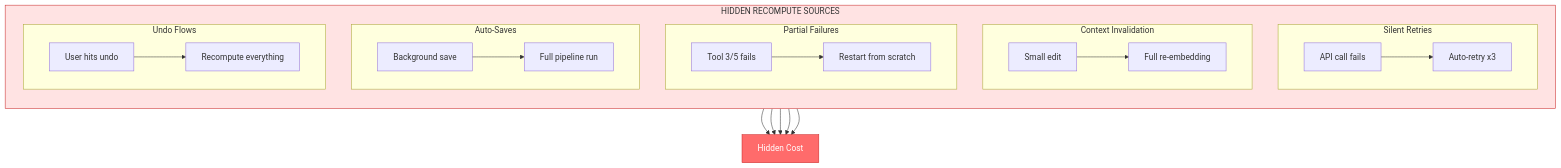
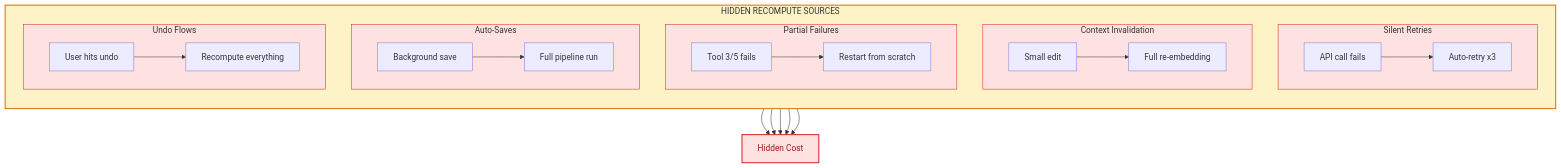
One commit to whoisrade/agentic-field-manual changed the diagram in 03-economics/hidden-recompute.md. Above: the diagram before and after it, drawn with Mermaid. The commit also changed 18 other files, not shown here.

Commit message:
refine mermaid diagrams with enterprise color palette

````diff
--- a/03-economics/hidden-recompute.md
+++ b/03-economics/hidden-recompute.md
@@ -23,31 +23,36 @@
 ```mermaid
 flowchart TB
     subgraph Hidden["HIDDEN RECOMPUTE SOURCES"]
         direction TB
         
         subgraph SR["Silent Retries"]
-            SR1[API call fails] --> SR2[Auto-retry x3]
+            SR1["API call fails"] --> SR2["Auto-retry x3"]
         end
         
         subgraph CI["Context Invalidation"]
-            CI1[Small edit] --> CI2[Full re-embedding]
+            CI1["Small edit"] --> CI2["Full re-embedding"]
         end
         
         subgraph PF["Partial Failures"]
-            PF1[Tool 3/5 fails] --> PF2[Restart from scratch]
+            PF1["Tool 3/5 fails"] --> PF2["Restart from scratch"]
         end
         
         subgraph AS["Auto-Saves"]
-            AS1[Background save] --> AS2[Full pipeline run]
+            AS1["Background save"] --> AS2["Full pipeline run"]
         end
         
         subgraph UF["Undo Flows"]
-            UF1[User hits undo] --> UF2[Recompute everything]
+            UF1["User hits undo"] --> UF2["Recompute everything"]
         end
     end
     
-    SR & CI & PF & AS & UF --> Cost[Hidden Cost]
+    SR & CI & PF & AS & UF --> Cost["Hidden Cost"]
     
-    style Hidden fill:#ffe3e3,stroke:#c92a2a
-    style Cost fill:#ff6b6b,stroke:#c92a2a,color:#fff
+    style Hidden fill:#fef3c7,stroke:#d97706,stroke-width:2px
+    style SR fill:#fee2e2,stroke:#dc2626,stroke-width:1px
+    style CI fill:#fee2e2,stroke:#dc2626,stroke-width:1px
+    style PF fill:#fee2e2,stroke:#dc2626,stroke-width:1px
+    style AS fill:#fee2e2,stroke:#dc2626,stroke-width:1px
+    style UF fill:#fee2e2,stroke:#dc2626,stroke-width:1px
+    style Cost fill:#fee2e2,stroke:#dc2626,stroke-width:2px,color:#991b1b
 ```
````
